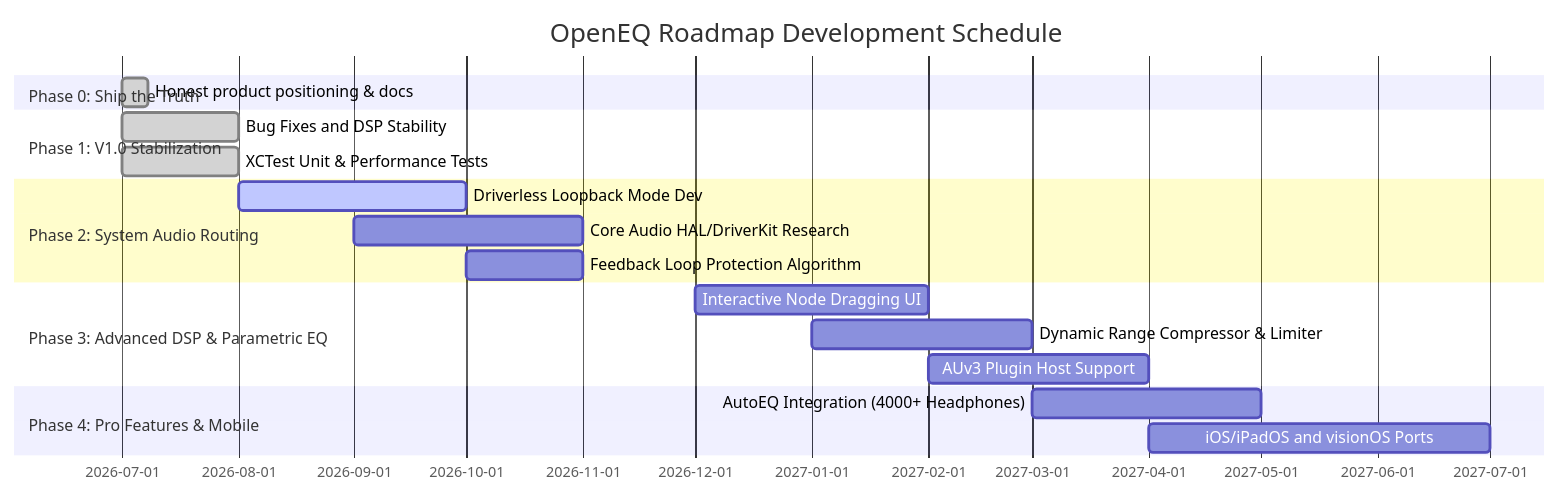
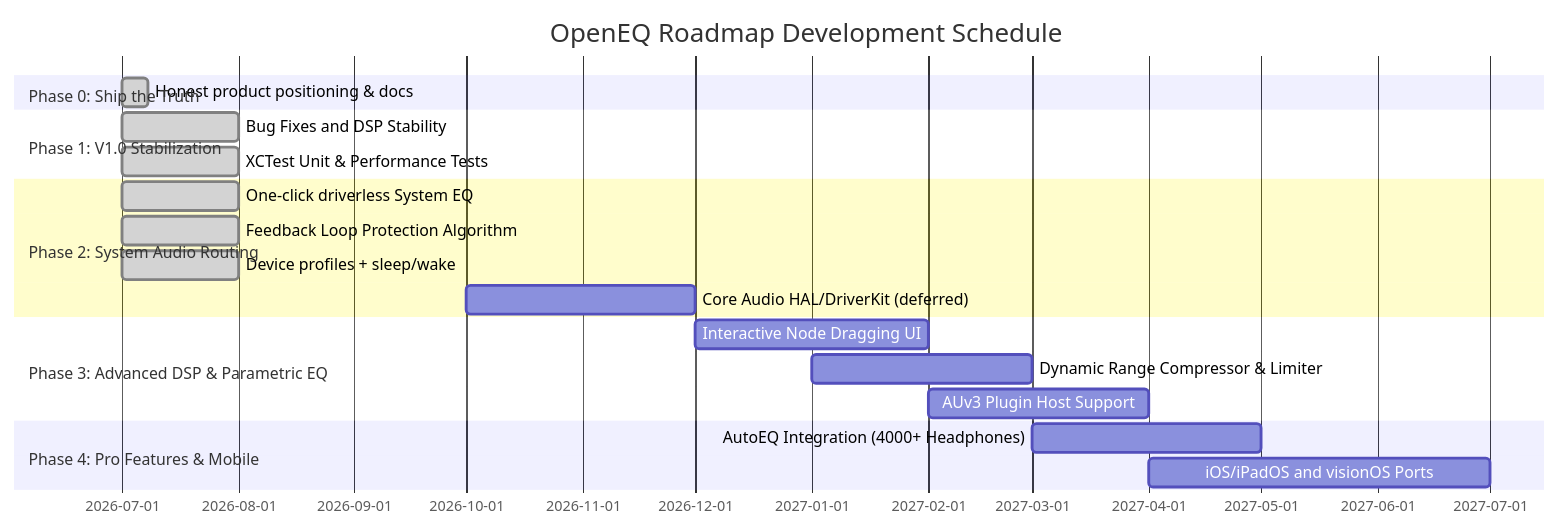
One commit to oznksc/OpenEQ changed the diagram in docs/ROADMAP.md. Above: the diagram before and after it, drawn with Mermaid. The commit also changed other lines of this file and 18 other files, not shown here.

First line of the commit message:
Phase 2: one-click System EQ, feedback guard, device profiles

````diff
--- a/docs/ROADMAP.md
+++ b/docs/ROADMAP.md
@@ -9,21 +9,22 @@
 ```mermaid
 gantt
     title OpenEQ Roadmap Development Schedule
     dateFormat  YYYY-MM
     section Phase 0: Ship the Truth
     Honest product positioning & docs    :done, p0_1, 2026-07, 1w
     section Phase 1: V1.0 Stabilization
     Bug Fixes and DSP Stability          :done, p1_1, 2026-07, 1M
     XCTest Unit & Performance Tests      :done, p1_2, 2026-07, 1M
     section Phase 2: System Audio Routing
-    Driverless Loopback Mode Dev         :active, p2_1, 2026-08, 2M
-    Core Audio HAL/DriverKit Research    :p2_2, 2026-09, 2M
-    Feedback Loop Protection Algorithm   :p2_3, 2026-10, 1M
+    One-click driverless System EQ       :done, p2_1, 2026-07, 1M
+    Feedback Loop Protection Algorithm   :done, p2_2, 2026-07, 1M
+    Device profiles + sleep/wake         :done, p2_3, 2026-07, 1M
+    Core Audio HAL/DriverKit (deferred)  :p2_4, 2026-10, 2M
     section Phase 3: Advanced DSP & Parametric EQ
     Interactive Node Dragging UI         :p3_1, 2026-12, 2M
     Dynamic Range Compressor & Limiter   :p3_2, 2027-01, 2M
     AUv3 Plugin Host Support             :p3_3, 2027-02, 2M
     section Phase 4: Pro Features & Mobile
     AutoEQ Integration (4000+ Headphones):p4_1, 2027-03, 2M
     iOS/iPadOS and visionOS Ports        :p4_2, 2027-04, 3M
 ```
````
